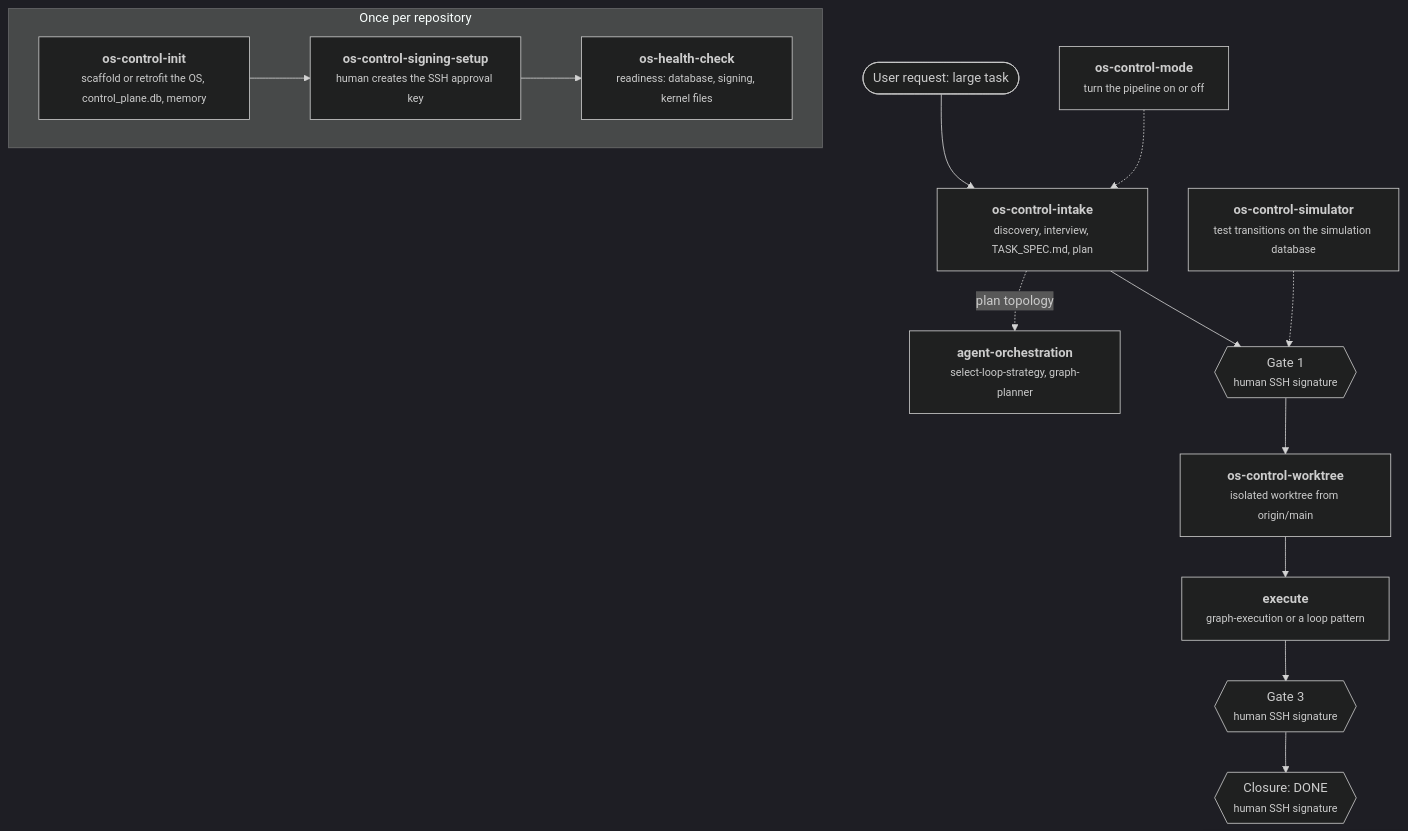
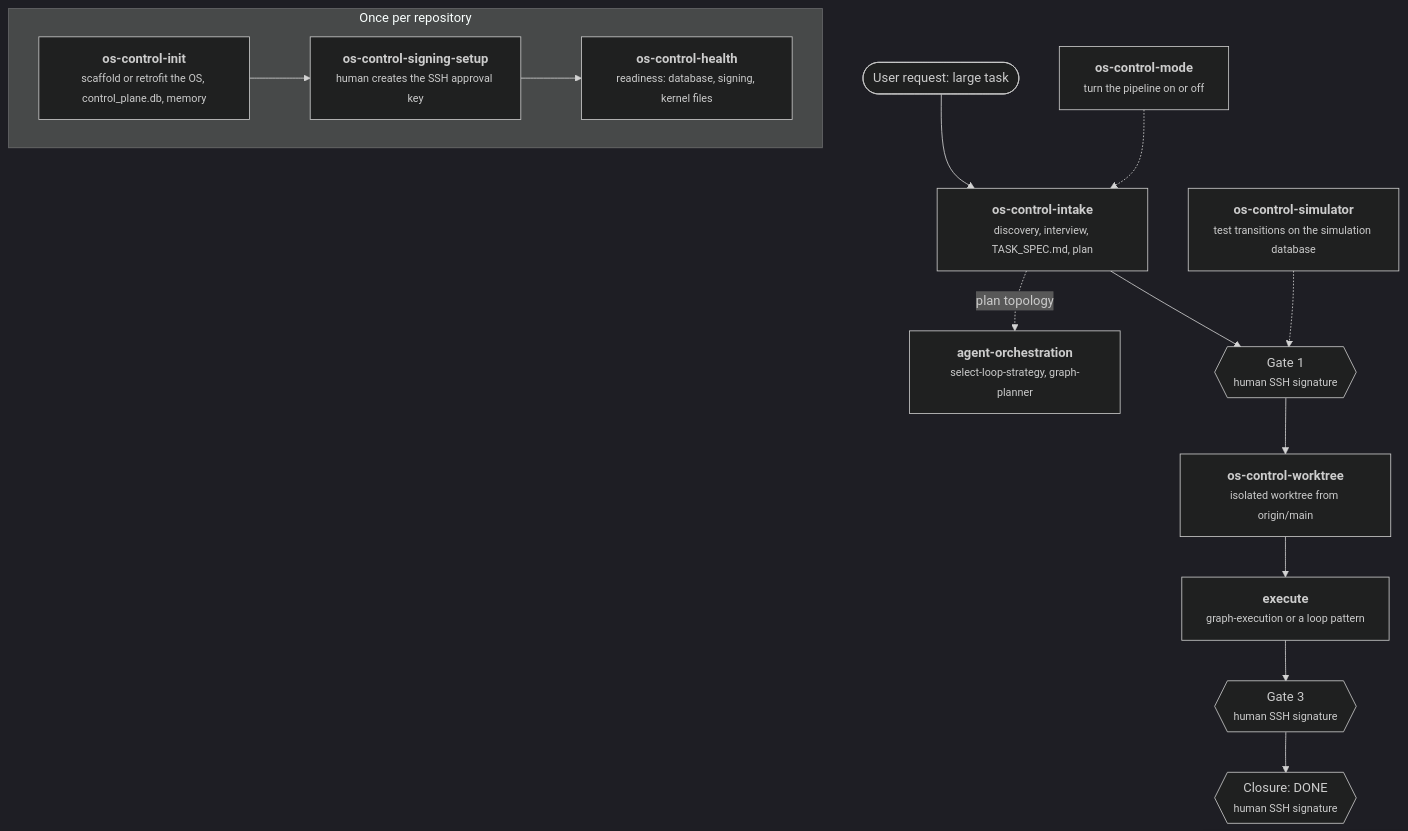
Before and after one commit to richfrem/agent-plugins-skills: the first of 2 diagrams in plugins/agent-agentic-os/references/agentic-os-skill-map.md, drawn with Mermaid (dark theme). The commit also changed other lines of this file and 532 other files, not shown here.

````diff
--- a/plugins/agent-agentic-os/references/agentic-os-skill-map.md
+++ b/plugins/agent-agentic-os/references/agentic-os-skill-map.md
@@ -70,19 +68,19 @@
 ```mermaid
 flowchart TD
     subgraph SETUP [Once per repository]
         IN["<b>os-control-init</b><br/><small>scaffold or retrofit the OS, control_plane.db, memory</small>"]
         SG["<b>os-control-signing-setup</b><br/><small>human creates the SSH approval key</small>"]
-        HC["<b>os-health-check</b><br/><small>readiness: database, signing, kernel files</small>"]
+        HC["<b>os-control-health</b><br/><small>readiness: database, signing, kernel files</small>"]
         IN --> SG --> HC
     end
     U([User request: large task]) --> CI
     CI["<b>os-control-intake</b><br/><small>discovery, interview, TASK_SPEC.md, plan</small>"]
     CI -.->|plan topology| AO["<b>agent-orchestration</b><br/><small>select-loop-strategy, graph-planner</small>"]
     CI --> G1{{"Gate 1<br/><small>human SSH signature</small>"}}
     G1 --> WT["<b>os-control-worktree</b><br/><small>isolated worktree from origin/main</small>"]
     WT --> EX["<b>execute</b><br/><small>graph-execution or a loop pattern</small>"]
     EX --> G3{{"Gate 3<br/><small>human SSH signature</small>"}}
     G3 --> DN{{"Closure: DONE<br/><small>human SSH signature</small>"}}
     MD["<b>os-control-mode</b><br/><small>turn the pipeline on or off</small>"] -.-> CI
     SIM["<b>os-control-simulator</b><br/><small>test transitions on the simulation database</small>"] -.-> G1
 ```
````
